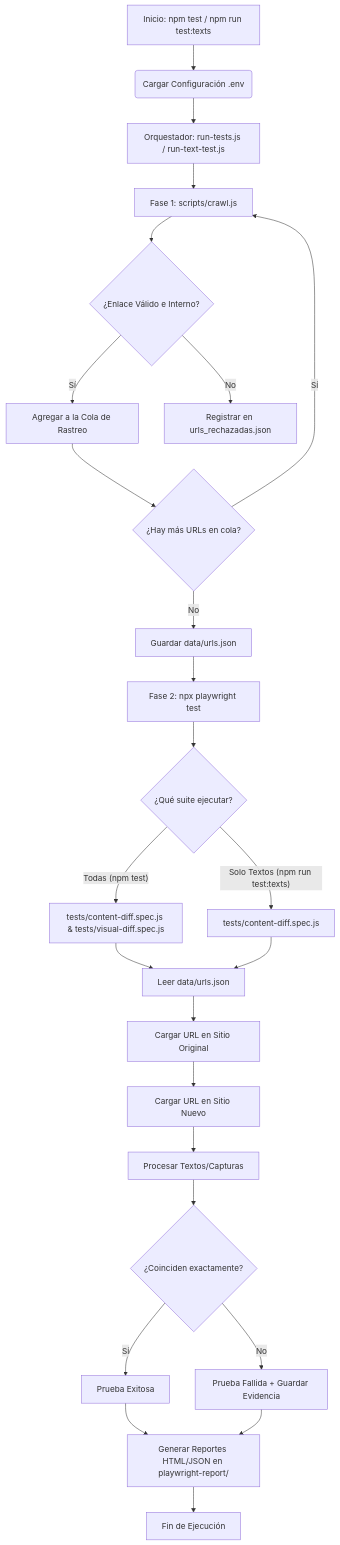
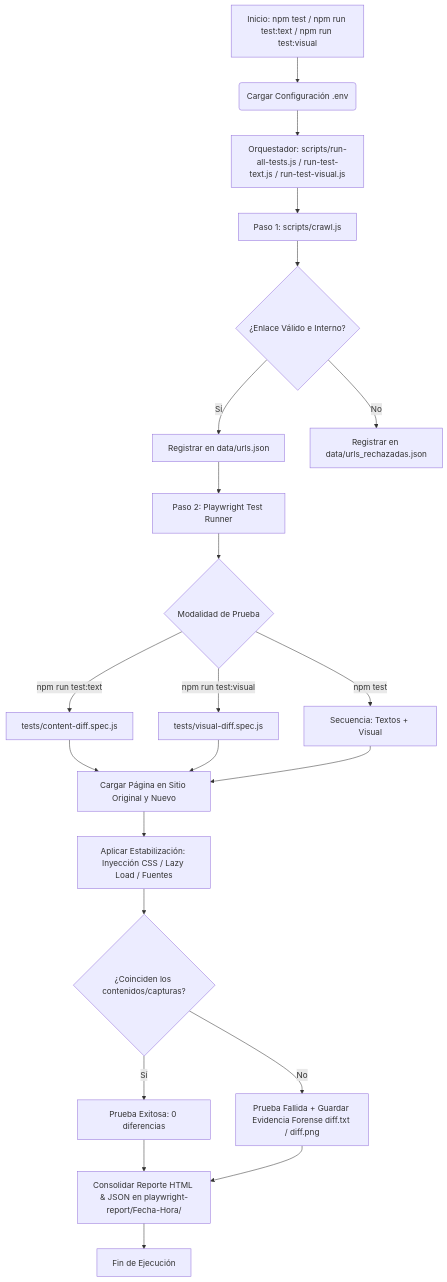
The diagram in README.md (tgomez-jpg/content-migration-validator), drawn with Mermaid before and after one commit. The commit also changed other lines of this file and 8 other files, not shown here.

Commit message:
Proceso validacion visual, mejoras en elementos colapsados y reorganizacion de reportes

````diff
--- a/README.md
+++ b/README.md
@@ -21,26 +37,21 @@
 ```mermaid
 graph TD
-    A[Inicio: npm test / npm run test:texts] --> B(Cargar Configuración .env)
-    B --> C[Orquestador: run-tests.js / run-text-test.js]
-    C --> D[Fase 1: scripts/crawl.js]
+    A[Inicio: npm test / npm run test:text / npm run test:visual] --> B(Cargar Configuración .env)
+    B --> C[Orquestador: scripts/run-all-tests.js / run-test-text.js / run-test-visual.js]
+    C --> D[Paso 1: scripts/crawl.js]
     D --> E{¿Enlace Válido e Interno?}
-    E -- Sí --> F[Agregar a la Cola de Rastreo]
-    E -- No --> G[Registrar en urls_rechazadas.json]
-    F --> H{¿Hay más URLs en cola?}
-    H -- Sí --> D
-    H -- No --> I[Guardar data/urls.json]
-    I --> J[Fase 2: npx playwright test]
-    J --> K{¿Qué suite ejecutar?}
-    K -- Todas (npm test) --> L1[tests/content-diff.spec.js & tests/visual-diff.spec.js]
-    K -- Solo Textos (npm run test:texts) --> L2[tests/content-diff.spec.js]
-    L1 & L2 --> M[Leer data/urls.json]
-    M --> N[Cargar URL en Sitio Original]
-    N --> O[Cargar URL en Sitio Nuevo]
-    O --> P[Procesar Textos/Capturas]
-    P --> Q{¿Coinciden exactamente?}
-    Q -- Sí --> R[Prueba Exitosa]
-    Q -- No --> S[Prueba Fallida + Guardar Evidencia]
-    R --> T[Generar Reportes HTML/JSON en playwright-report/]
-    S --> T
-    T --> U[Fin de Ejecución]
+    E -- Sí --> F[Registrar en data/urls.json]
+    E -- No --> G[Registrar en data/urls_rechazadas.json]
+    F --> H[Paso 2: Playwright Test Runner]
+    H --> I{Modalidad de Prueba}
+    I -- npm run test:text --> J1[tests/content-diff.spec.js]
+    I -- npm run test:visual --> J2[tests/visual-diff.spec.js]
+    I -- npm test --> J3[Secuencia: Textos + Visual]
+    J1 & J2 & J3 --> K[Cargar Página en Sitio Original y Nuevo]
+    K --> L[Aplicar Estabilización: Inyección CSS / Lazy Load / Fuentes]
+    L --> M{¿Coinciden los contenidos/capturas?}
+    M -- Sí --> N[Prueba Exitosa: 0 diferencias]
+    M -- No --> O[Prueba Fallida + Guardar Evidencia Forense diff.txt / diff.png]
+    N & O --> P[Consolidar Reporte HTML & JSON en playwright-report/Fecha-Hora/]
+    P --> Q[Fin de Ejecución]
 ```
````
